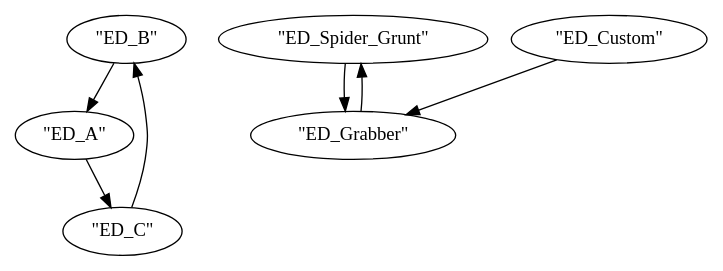
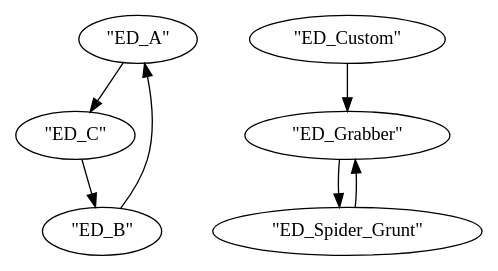
Before and after one commit to jieyouxu/CDLint: the diagram in cyclic_enemy_descriptor_references.dot, drawn with Graphviz. The commit also changed 1 other file, not shown here.

```diff
--- a/cyclic_enemy_descriptor_references.dot
+++ b/cyclic_enemy_descriptor_references.dot
@@ -1,14 +1,14 @@
 digraph {
-    0 [ label = "\"ED_B\"" ]
-    1 [ label = "\"ED_Spider_Grunt\"" ]
+    0 [ label = "\"ED_A\"" ]
+    1 [ label = "\"ED_C\"" ]
     2 [ label = "\"ED_Custom\"" ]
-    3 [ label = "\"ED_A\"" ]
-    4 [ label = "\"ED_Grabber\"" ]
-    5 [ label = "\"ED_C\"" ]
-    0 -> 3 [ ]
-    1 -> 4 [ ]
-    2 -> 4 [ ]
-    3 -> 5 [ ]
-    4 -> 1 [ ]
+    3 [ label = "\"ED_Grabber\"" ]
+    4 [ label = "\"ED_Spider_Grunt\"" ]
+    5 [ label = "\"ED_B\"" ]
+    0 -> 1 [ ]
+    1 -> 5 [ ]
+    2 -> 3 [ ]
+    3 -> 4 [ ]
+    4 -> 3 [ ]
     5 -> 0 [ ]
 }
```
